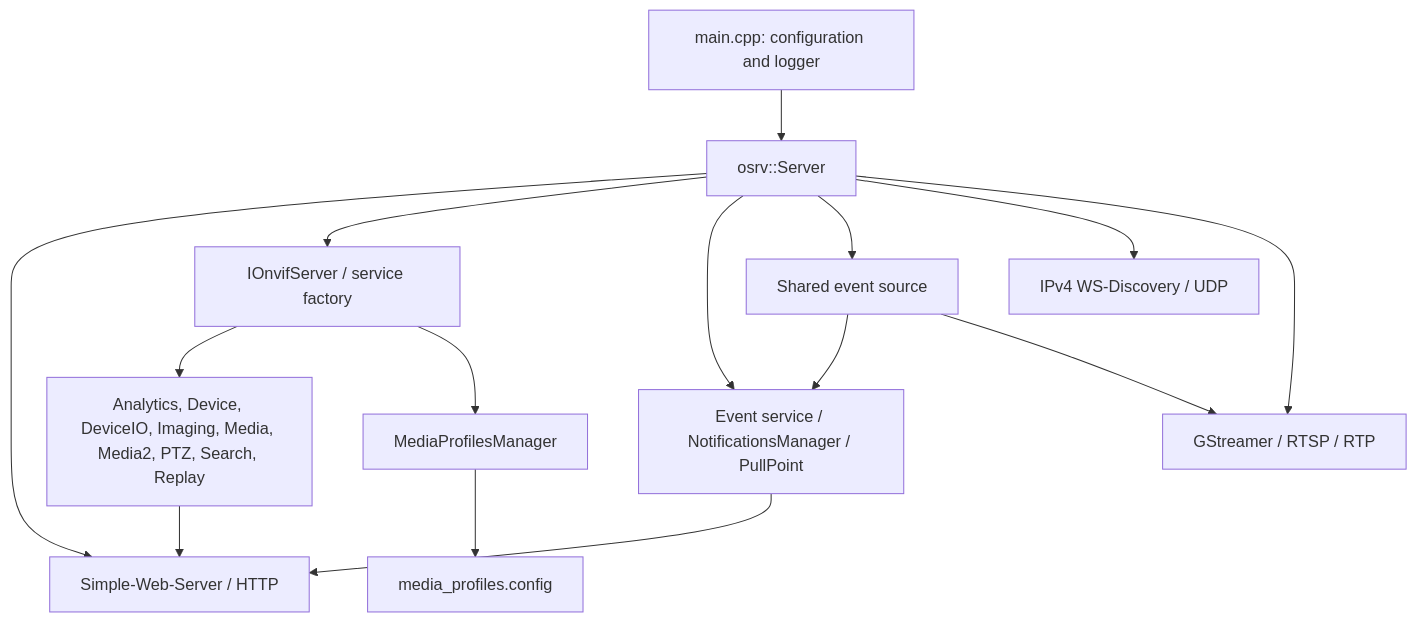
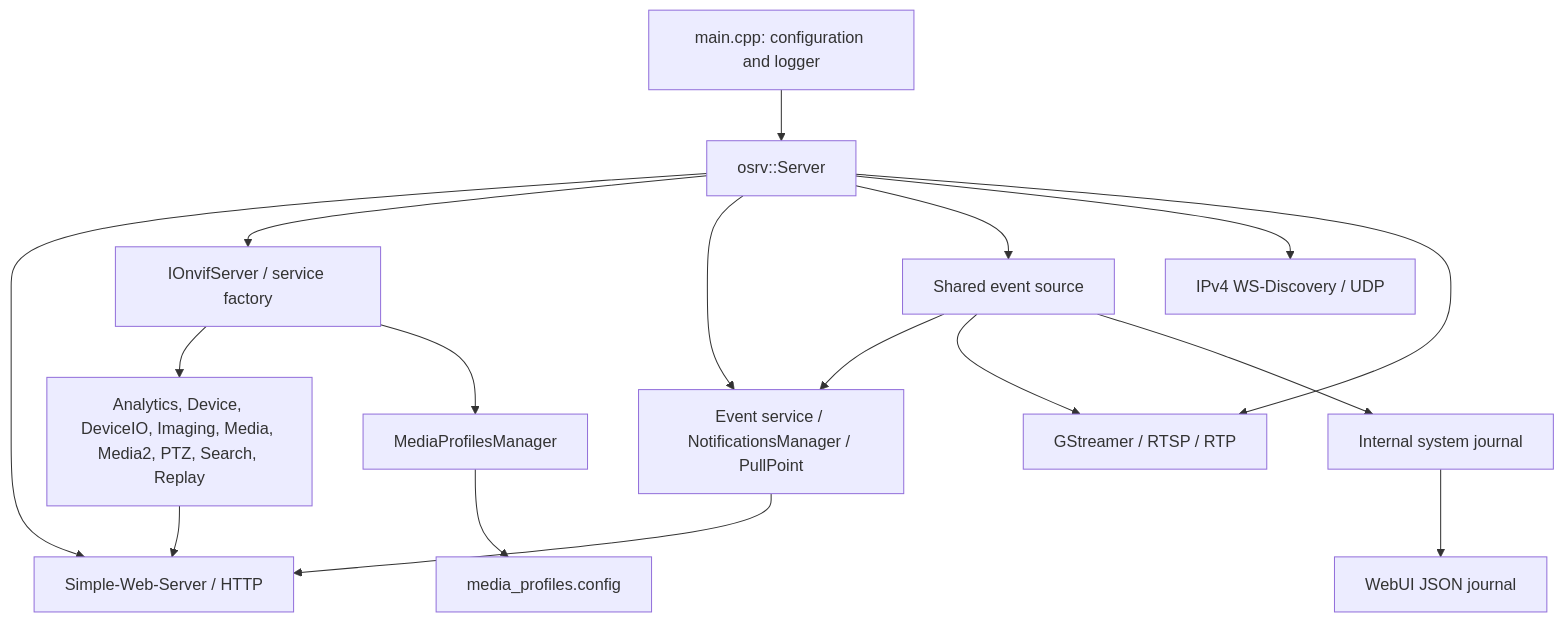
Before and after one commit to Abay11/onvif_server_emulator: the diagram in docs/architecture.md, drawn with Mermaid. The commit also changed other lines of this file and 23 other files, not shown here.

First line of the commit message:
Add internal system journal for operational history and event tracking

````diff
--- a/docs/architecture.md
+++ b/docs/architecture.md
@@ -68,17 +69,19 @@
 ```mermaid
 flowchart TD
     Main[main.cpp: configuration and logger] --> Server[osrv::Server]
     Server --> HTTP[Simple-Web-Server / HTTP]
     Server --> Context[IOnvifServer / service factory]
     Context --> SOAP[Analytics, Device, DeviceIO, Imaging, Media, Media2, PTZ, Search, Replay]
     SOAP --> HTTP
     Context --> Profiles[MediaProfilesManager]
     Profiles --> JSON[media_profiles.config]
     Server --> Events[Event service / NotificationsManager / PullPoint]
     Server --> EventSource[Shared event source]
     EventSource --> Events
     EventSource --> RTSP
+    EventSource --> Journal[Internal system journal]
+    Journal --> Admin[WebUI JSON journal]
     Events --> HTTP
     Server --> Discovery[IPv4 WS-Discovery / UDP]
     Server --> RTSP[GStreamer / RTSP / RTP]
 ```
````
